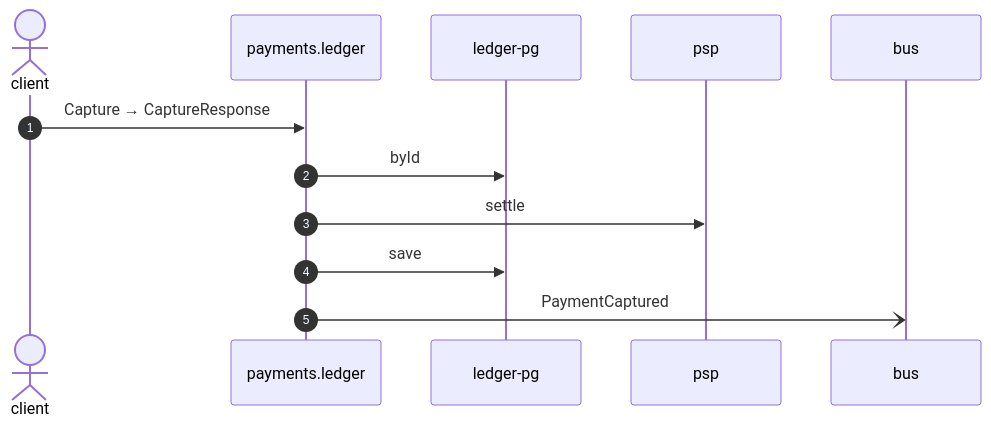
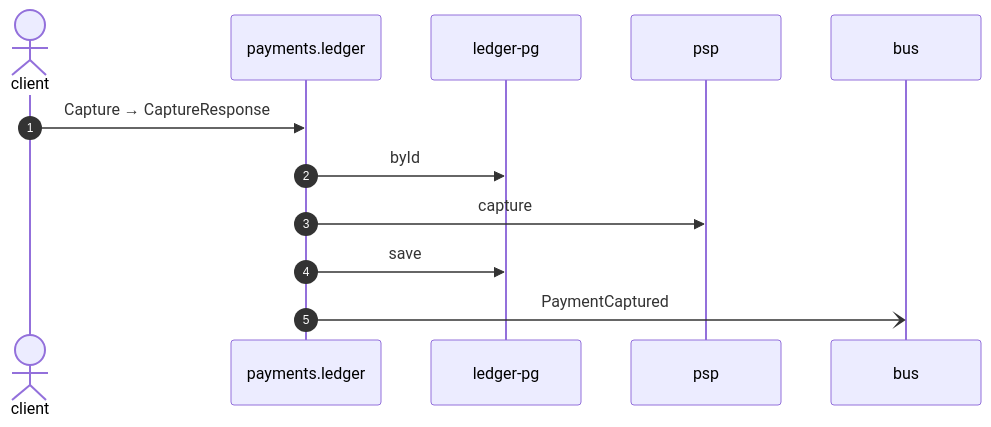
Before and after one commit to shortlink-org/portolan: the diagram in docs/flows/ledger-capture.md, drawn with Mermaid. The commit also changed other lines of this file and 93 other files, not shown here.

````diff
--- a/docs/flows/ledger-capture.md
+++ b/docs/flows/ledger-capture.md
@@ -23,14 +23,14 @@
 ```mermaid
 sequenceDiagram
     autonumber
     actor p0 as client
     participant p1 as payments.ledger
     participant p2 as ledger-pg
     participant p3 as psp
     participant p4 as bus
     p0->>p1: Capture → CaptureResponse
     p1->>p2: byId
-    p1->>p3: settle
+    p1->>p3: capture
     p1->>p2: save
     p1-)p4: PaymentCaptured
 ```
````
